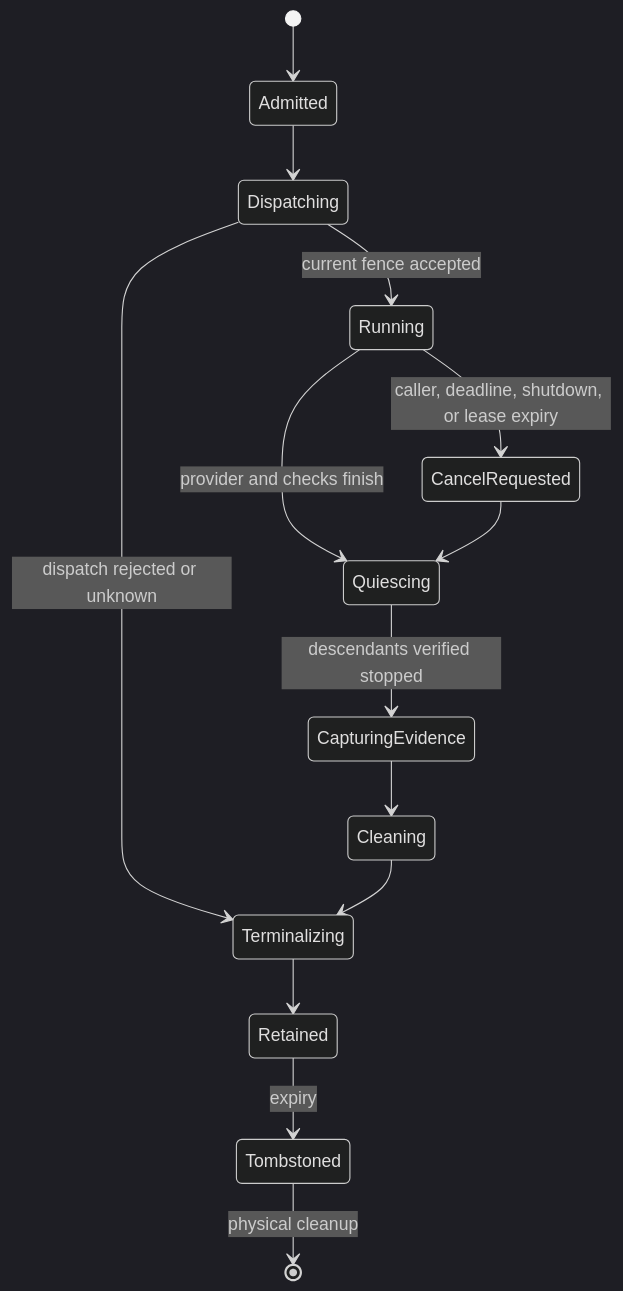
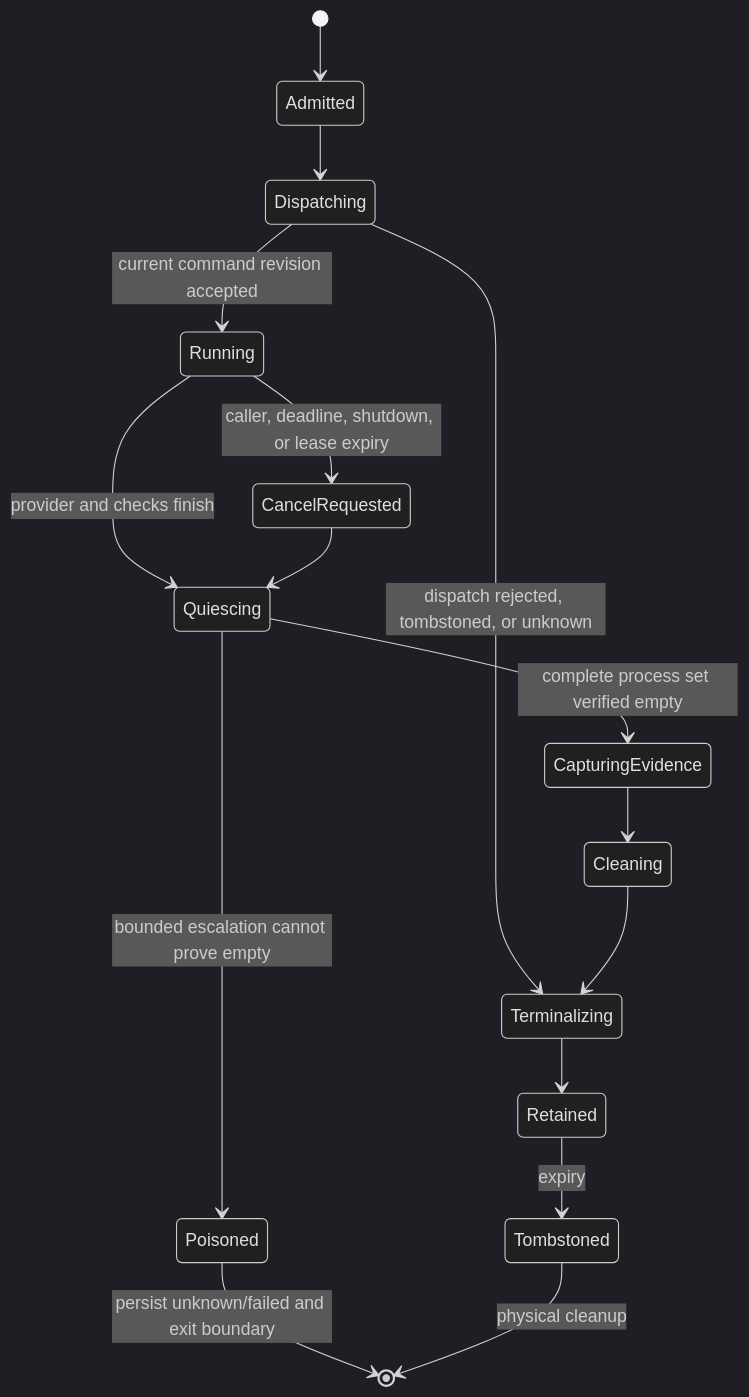
Before and after one commit to EntityProcess/allagents: the fourth of 4 diagrams in docs/plans/2026-09-18-0837-feat-coding-execution-gateway-plan.md, drawn with Mermaid (dark theme). The commit also changed other lines of this file and 2 other files, not shown here.

Commit message:
docs(architecture): harden execution gateway contract

````diff
--- a/docs/plans/2026-09-18-0837-feat-coding-execution-gateway-plan.md
+++ b/docs/plans/2026-09-18-0837-feat-coding-execution-gateway-plan.md
@@ -295,16 +305,18 @@
 ```mermaid
 stateDiagram-v2
   [*] --> Admitted
   Admitted --> Dispatching
-  Dispatching --> Running: current fence accepted
-  Dispatching --> Terminalizing: dispatch rejected or unknown
+  Dispatching --> Running: current command revision accepted
+  Dispatching --> Terminalizing: dispatch rejected, tombstoned, or unknown
   Running --> CancelRequested: caller, deadline, shutdown, or lease expiry
   Running --> Quiescing: provider and checks finish
   CancelRequested --> Quiescing
-  Quiescing --> CapturingEvidence: descendants verified stopped
+  Quiescing --> CapturingEvidence: complete process set verified empty
+  Quiescing --> Poisoned: bounded escalation cannot prove empty
+  Poisoned --> [*]: persist unknown/failed and exit boundary
   CapturingEvidence --> Cleaning
   Cleaning --> Terminalizing
   Terminalizing --> Retained
   Retained --> Tombstoned: expiry
   Tombstoned --> [*]: physical cleanup
 ```
````
